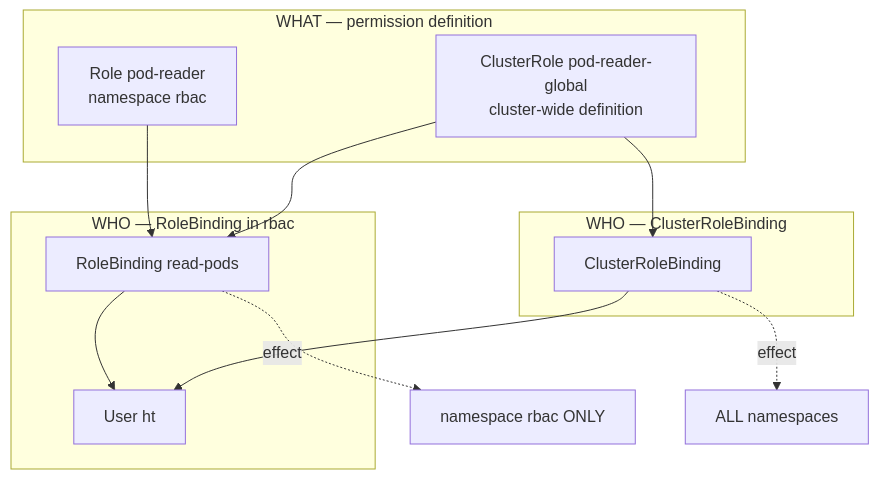
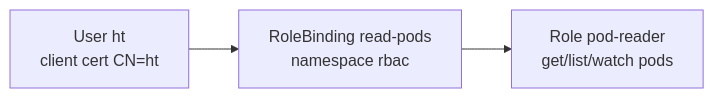
The diagram in Kubernetes/Day-23/day-23-notes.md (htpractice/ht-study), drawn with Mermaid before and after one commit. The commit also changed other lines of this file and 1 other file, not shown here.

First line of the commit message:
Day 23: Scope notes to Role + RoleBinding only — ClusterRole deferred to Day 24

````diff
--- a/Kubernetes/Day-23/day-23-notes.md
+++ b/Kubernetes/Day-23/day-23-notes.md
@@ -52,25 +20,7 @@
 ```mermaid
-flowchart TB
-    subgraph rules [WHAT — permission definition]
-        R[Role pod-reader<br/>namespace rbac]
-        CR[ClusterRole pod-reader-global<br/>cluster-wide definition]
-    end
-
-    subgraph bind_ns [WHO — RoleBinding in rbac]
-        RB[RoleBinding read-pods]
-        U[User ht]
-    end
-
-    subgraph bind_cluster [WHO — ClusterRoleBinding]
-        CRB[ClusterRoleBinding]
-    end
-
-    R --> RB
-    CR --> RB
-    CR --> CRB
-    RB --> U
-    CRB --> U
-
-    RB -.->|effect| NS1[namespace rbac ONLY]
-    CRB -.->|effect| ALL[ALL namespaces]
+flowchart LR
+    U[User ht<br/>client cert CN=ht]
+    RB[RoleBinding read-pods<br/>namespace rbac]
+    R[Role pod-reader<br/>get/list/watch pods]
+    U --> RB --> R
 ```
````
